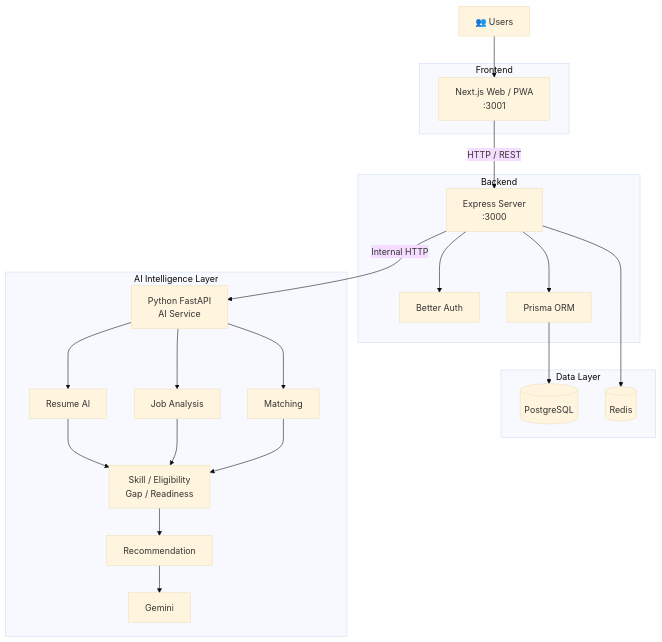
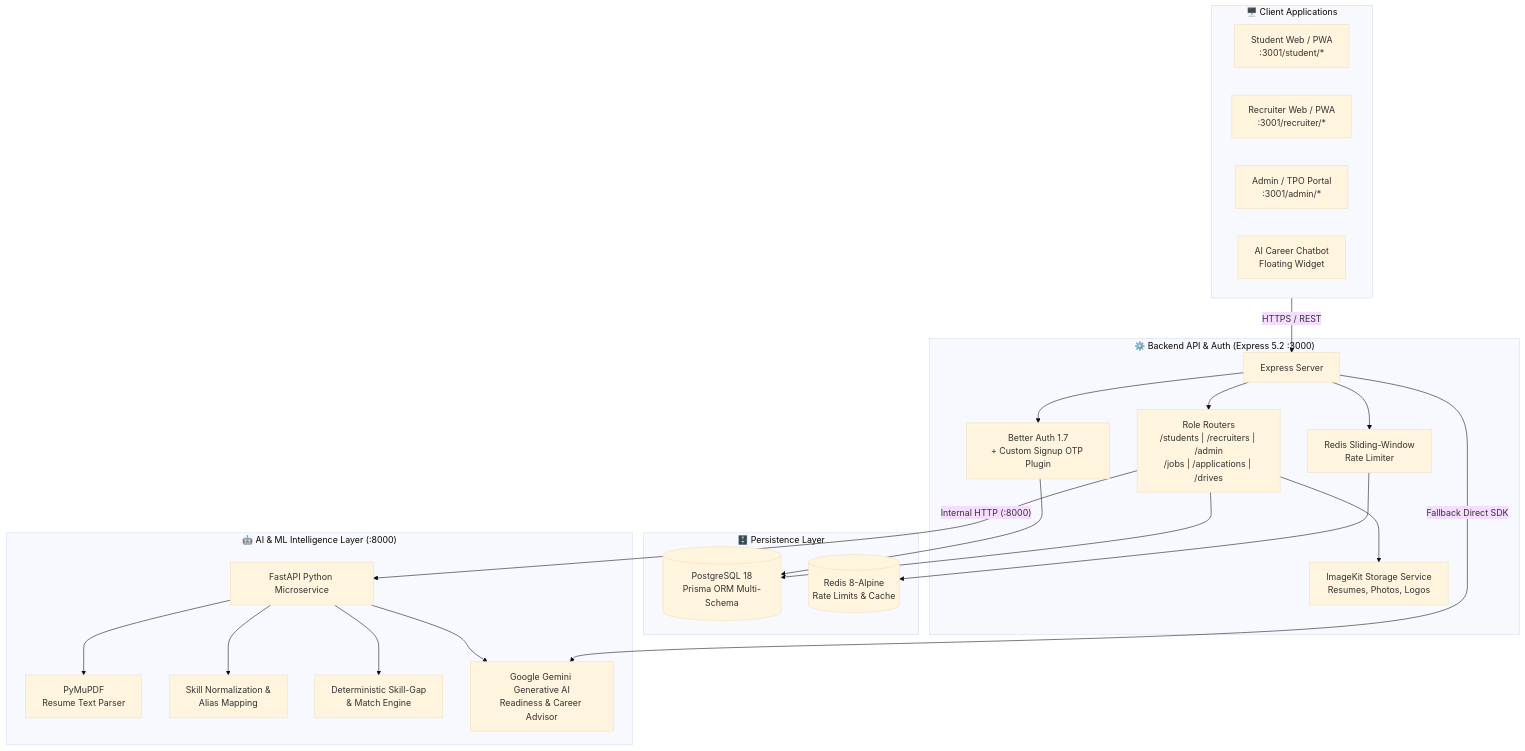
The diagram in README.md (ChandrakantaMandal/CampusLink), drawn with Mermaid (base theme) before and after one commit. The commit also changed other lines of this file and 6 other files, not shown here.

Commit message:
feat: add student jobs page with AI matching and documentation readmes

````diff
--- a/README.md
+++ b/README.md
@@ -36,53 +57,47 @@
 ```mermaid
 flowchart TB
-    U["👥 Users"]
-
-    subgraph FRONTEND["Frontend"]
-        WEB["Next.js Web / PWA<br/>:3001"]
+    subgraph CLIENTS["🖥️ Client Applications"]
+        STUDENT["Student Web / PWA<br/>:3001/student/*"]
+        RECRUITER["Recruiter Web / PWA<br/>:3001/recruiter/*"]
+        ADMIN["Admin / TPO Portal<br/>:3001/admin/*"]
+        CHAT["AI Career Chatbot<br/>Floating Widget"]
     end
 
-    subgraph BACKEND["Backend"]
-        API["Express Server<br/>:3000"]
-        AUTH["Better Auth"]
-        PRISMA["Prisma ORM"]
+    subgraph API_LAYER["⚙️ Backend API & Auth (Express 5.2 :3000)"]
+        EXPRESS["Express Server"]
+        AUTH["Better Auth 1.7<br/>+ Custom Signup OTP Plugin"]
+        RATE["Redis Sliding-Window<br/>Rate Limiter"]
+        IMAGEKIT["ImageKit Storage Service<br/>Resumes, Photos, Logos"]
+        ROUTERS["Role Routers<br/>/students | /recruiters | /admin<br/>/jobs | /applications | /drives"]
     end
 
-    subgraph DATA["Data Layer"]
-        DB[("PostgreSQL")]
-        REDIS[("Redis")]
+    subgraph DATA_LAYER["🗄️ Persistence Layer"]
+        PG[("PostgreSQL 18<br/>Prisma ORM Multi-Schema")]
+        REDIS[("Redis 8-Alpine<br/>Rate Limits & Cache")]
     end
 
-    subgraph AI["AI Intelligence Layer"]
-        AIS["Python FastAPI<br/>AI Service"]
-
-        RESUME["Resume AI"]
-        JOB["Job Analysis"]
-        MATCH["Matching"]
-
-        INT["Skill / Eligibility<br/>Gap / Readiness"]
-        REC["Recommendation"]
-
-        GEMINI["Gemini"]
+    subgraph AI_LAYER["🤖 AI & ML Intelligence Layer (:8000)"]
+        FASTAPI["FastAPI Python Microservice"]
+        PYMUPDF["PyMuPDF<br/>Resume Text Parser"]
+        SKILL_NORM["Skill Normalization &<br/>Alias Mapping"]
+        GAP_ENGINE["Deterministic Skill-Gap<br/>& Match Engine"]
+        GEMINI["Google Gemini Generative AI<br/>Readiness & Career Advisor"]
     end
 
-    U --> WEB
-    WEB -->|"HTTP / REST"| API
+    CLIENTS -->|"HTTPS / REST"| EXPRESS
+    EXPRESS --> RATE
+    RATE --> REDIS
+    EXPRESS --> AUTH
+    AUTH --> PG
+    EXPRESS --> ROUTERS
+    ROUTERS --> PG
+    ROUTERS --> IMAGEKIT
+    ROUTERS -->|"Internal HTTP (:8000)"| FASTAPI
 
-    API --> AUTH
-    API --> PRISMA
-    PRISMA --> DB
-    API --> REDIS
+    FASTAPI --> PYMUPDF
+    FASTAPI --> SKILL_NORM
+    FASTAPI --> GAP_ENGINE
+    FASTAPI --> GEMINI
 
-    API -->|"Internal HTTP"| AIS
-
-    AIS --> RESUME
-    AIS --> JOB
-    AIS --> MATCH
-
-    RESUME --> INT
-    JOB --> INT
-    MATCH --> INT
-
-    INT --> REC
-    REC --> GEMINI
+    EXPRESS -->|"Fallback Direct SDK"| GEMINI
 ```
````
